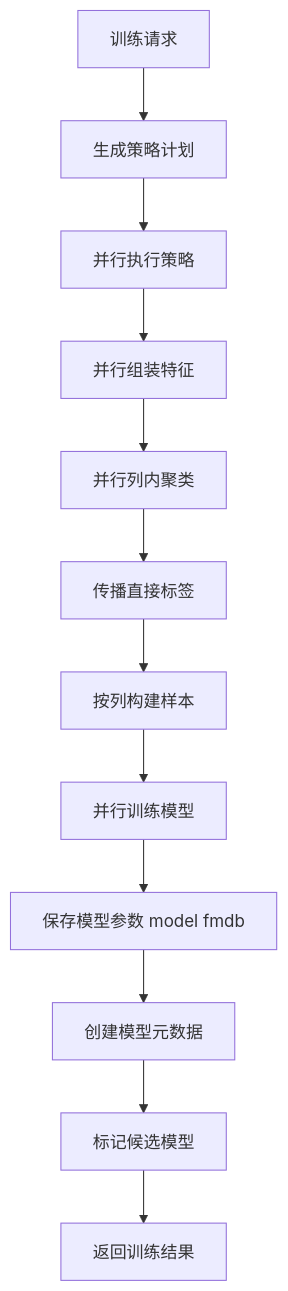
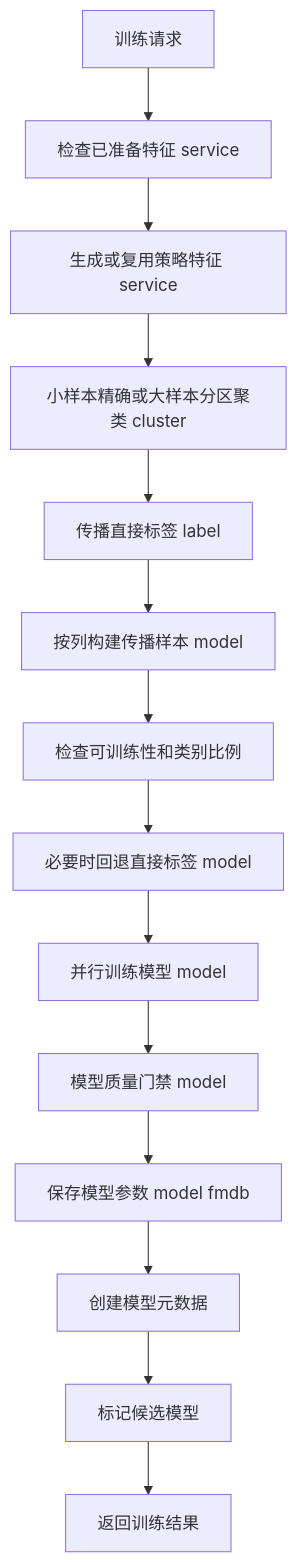
One commit to 18963603561/fmdb_udf_raha changed the eighth of 14 diagrams in doc/20260715/Raha工程-源码完整分析-202607150943.md. Above: the diagram before and after it, drawn with Mermaid. The commit also changed other lines of this file and 12 other files, not shown here.

````diff
--- a/doc/20260715/Raha工程-源码完整分析-202607150943.md
+++ b/doc/20260715/Raha工程-源码完整分析-202607150943.md
@@ -807,14 +886,16 @@
 ```mermaid
 graph TD;
-n01[训练请求] --> n02[生成策略计划];
-n02 --> n03[并行执行策略];
-n03 --> n04[并行组装特征];
-n04 --> n05[并行列内聚类];
-n05 --> n06[传播直接标签];
-n06 --> n07[按列构建样本];
-n07 --> n08[并行训练模型];
-n08 --> n09[保存模型参数 model fmdb];
-n09 --> n10[创建模型元数据];
-n10 --> n11[标记候选模型];
-n11 --> n12[返回训练结果];
+n01[训练请求] --> n02[检查已准备特征 service];
+n02 --> n03[生成或复用策略特征 service];
+n03 --> n04[小样本精确或大样本分区聚类 cluster];
+n04 --> n05[传播直接标签 label];
+n05 --> n06[按列构建传播样本 model];
+n06 --> n07[检查可训练性和类别比例];
+n07 --> n08[必要时回退直接标签 model];
+n08 --> n09[并行训练模型 model];
+n09 --> n10[模型质量门禁 model];
+n10 --> n11[保存模型参数 model fmdb];
+n11 --> n12[创建模型元数据];
+n12 --> n13[标记候选模型];
+n13 --> n14[返回训练结果];
 ```
````
